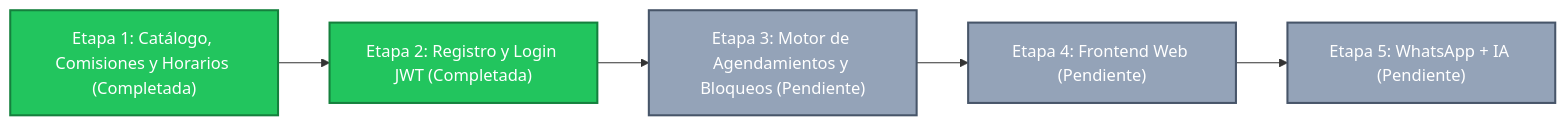
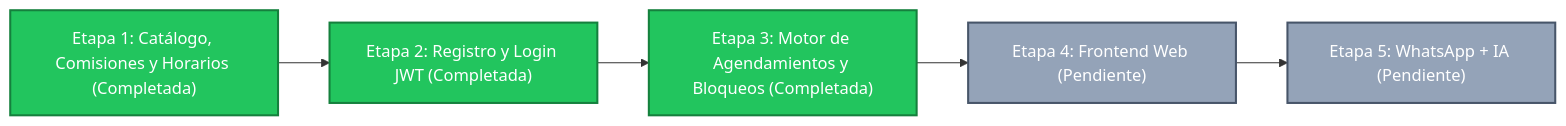
Before and after one commit to Carvajal-daniel/api-system-vzla: the diagram in ROADMAP.md, drawn with Mermaid. The commit also changed other lines of this file and 68 other files, not shown here.

````diff
--- a/ROADMAP.md
+++ b/ROADMAP.md
@@ -7,14 +7,14 @@
 ```mermaid
 flowchart LR
     E1["Etapa 1: Catálogo, Comisiones y Horarios (Completada)"]:::done
     E2["Etapa 2: Registro y Login JWT (Completada)"]:::done
-    E3["Etapa 3: Motor de Agendamientos y Bloqueos (Pendiente)"]:::pending
+    E3["Etapa 3: Motor de Agendamientos y Bloqueos (Completada)"]:::done
     E4["Etapa 4: Frontend Web (Pendiente)"]:::pending
     E5["Etapa 5: WhatsApp + IA (Pendiente)"]:::pending
 
     E1 --> E2 --> E3 --> E4 --> E5
 
     classDef done fill:#22c55e,stroke:#15803d,color:#ffffff,stroke-width:2px
     classDef inprogress fill:#3b82f6,stroke:#1d4ed8,color:#ffffff,stroke-width:2px
     classDef pending fill:#94a3b8,stroke:#475569,color:#ffffff,stroke-width:2px
 ```
````
